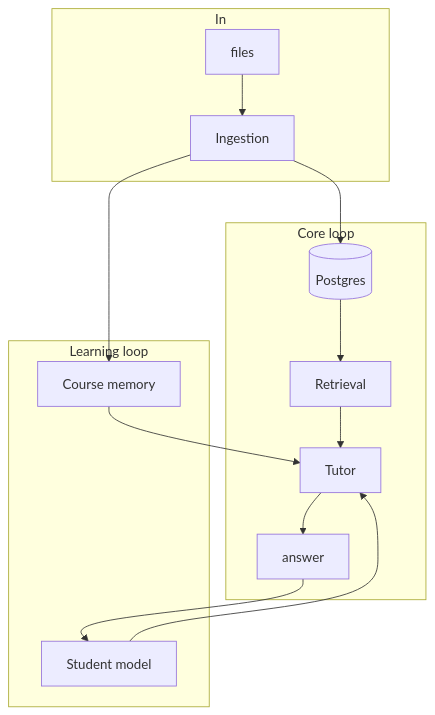
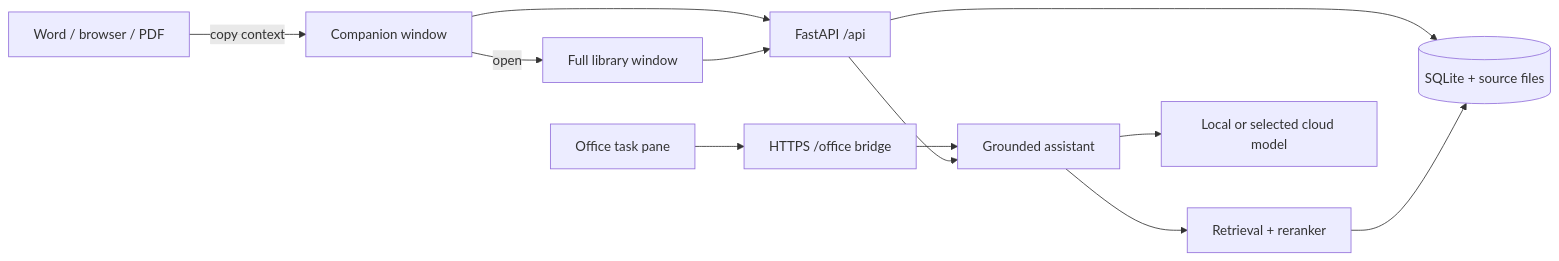
Before and after one commit to RileyK05/Stacks: the diagram in docs/system.md, drawn with Mermaid. The commit also changed other lines of this file and 29 other files, not shown here.

````diff
--- a/docs/system.md
+++ b/docs/system.md
@@ -259,18 +25,14 @@
 ```mermaid
-flowchart TB
-    subgraph In["In"]
-        F["files"] --> ING["Ingestion"]
-    end
-    subgraph Core["Core loop"]
-        ING --> PG[("Postgres")]
-        PG --> RET["Retrieval"]
-        RET --> TUT["Tutor"]
-        TUT --> A["answer"]
-    end
-    subgraph Learn["Learning loop"]
-        A --> SM["Student model"]
-        SM --> TUT
-        MEM["Course memory"] --> TUT
-        ING --> MEM
-    end
+flowchart LR
+    APP["Word / browser / PDF"] -->|copy context| COMP["Companion window"]
+    COMP -->|open| LIB["Full library window"]
+    COMP --> API["FastAPI /api"]
+    LIB --> API
+    OFFICE["Office task pane"] --> BRIDGE["HTTPS /office bridge"]
+    BRIDGE --> TUTOR["Grounded assistant"]
+    API --> TUTOR
+    API --> DB[("SQLite + source files")]
+    TUTOR --> RET["Retrieval + reranker"]
+    RET --> DB
+    TUTOR --> MODEL["Local or selected cloud model"]
 ```
````
